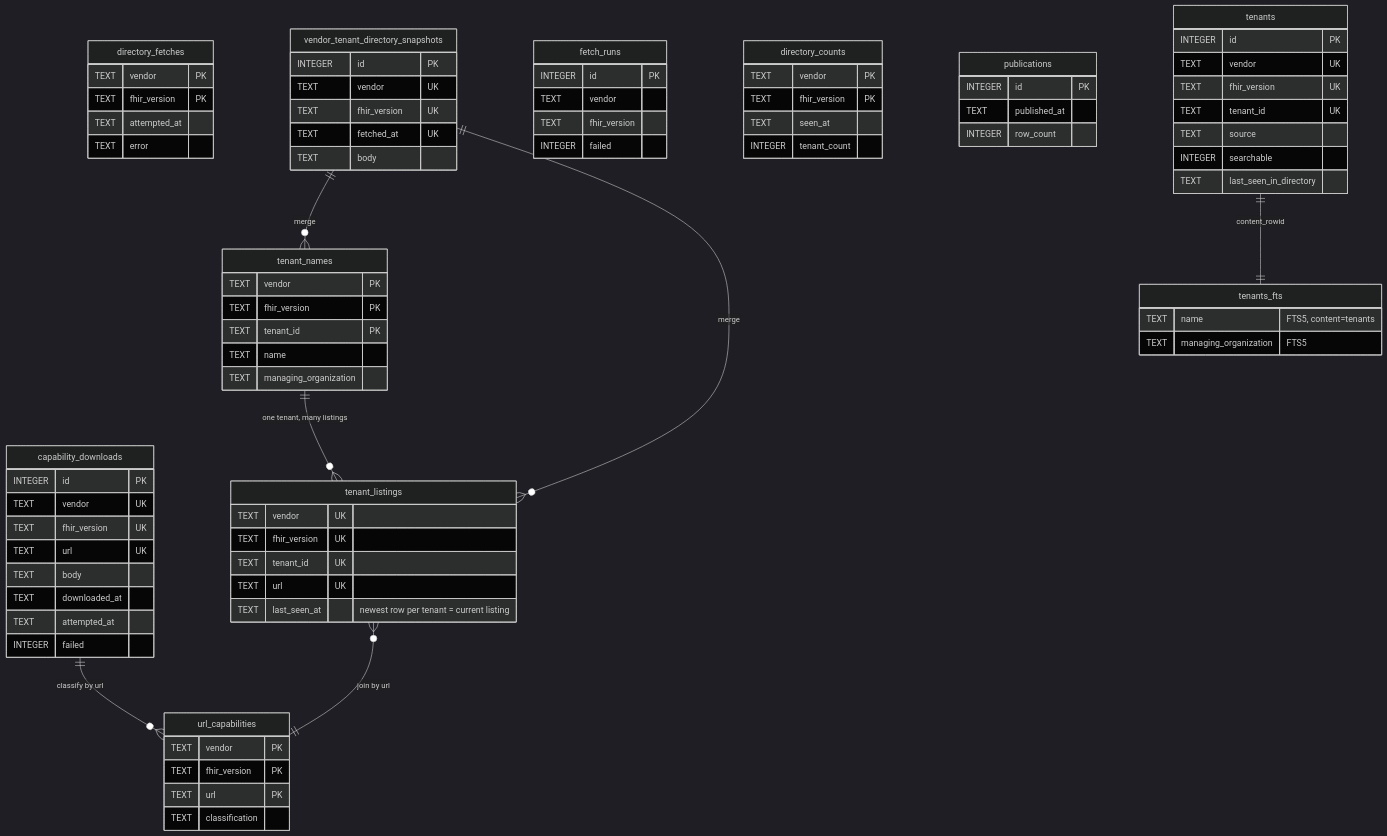
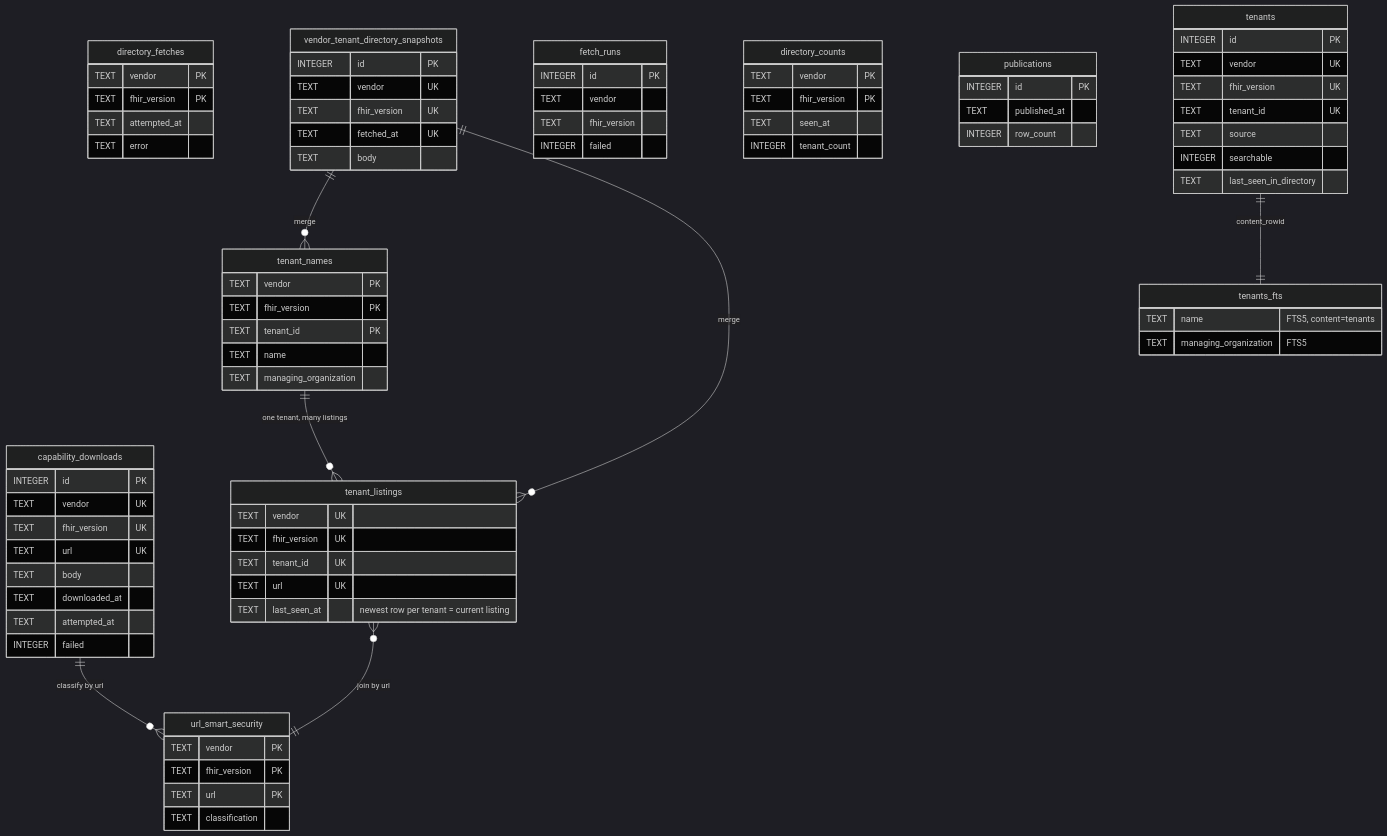
One commit to cfu288/mere-medical changed the first of 2 diagrams in libs/emr-pipeline/README.md. Above: the diagram before and after it, drawn with Mermaid (dark theme). The commit also changed other lines of this file and 5 other files, not shown here.

````diff
--- a/libs/emr-pipeline/README.md
+++ b/libs/emr-pipeline/README.md
@@ -158,7 +166,7 @@
     TEXT url UK
     TEXT last_seen_at "newest row per tenant = current listing"
   }
-  url_capabilities {
+  url_smart_security {
     TEXT vendor PK
     TEXT fhir_version PK
     TEXT url PK
@@ -180,8 +188,8 @@
 
   vendor_tenant_directory_snapshots ||--o{ tenant_names : "merge"
   vendor_tenant_directory_snapshots ||--o{ tenant_listings : "merge"
-  capability_downloads ||--o{ url_capabilities : "classify by url"
+  capability_downloads ||--o{ url_smart_security : "classify by url"
   tenant_names ||--o{ tenant_listings : "one tenant, many listings"
-  tenant_listings }o--|| url_capabilities : "join by url"
+  tenant_listings }o--|| url_smart_security : "join by url"
   tenants ||--|| tenants_fts : content_rowid
 ```
````
